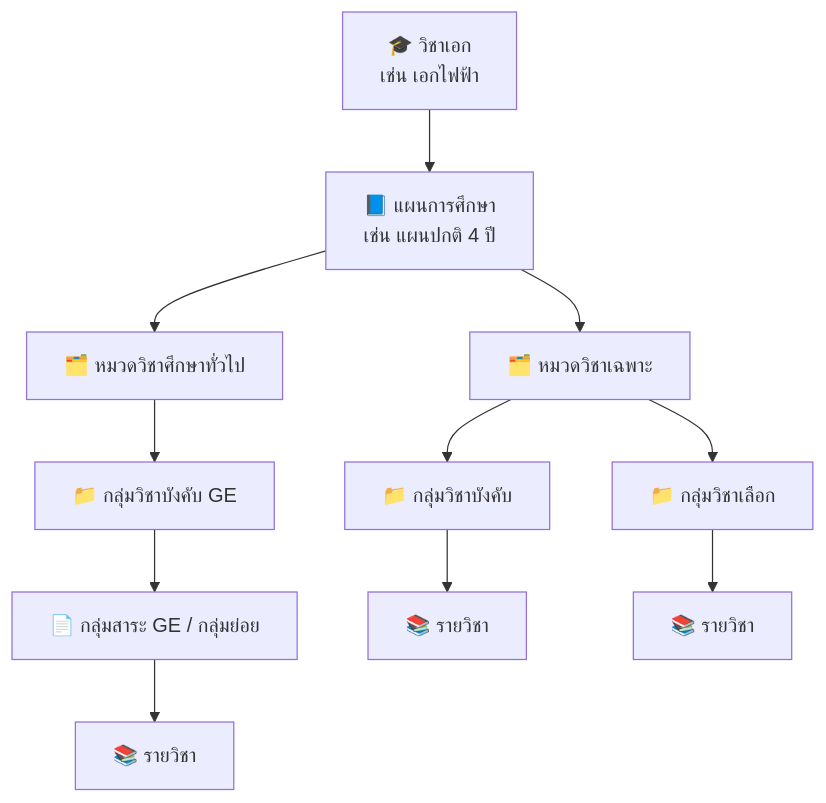
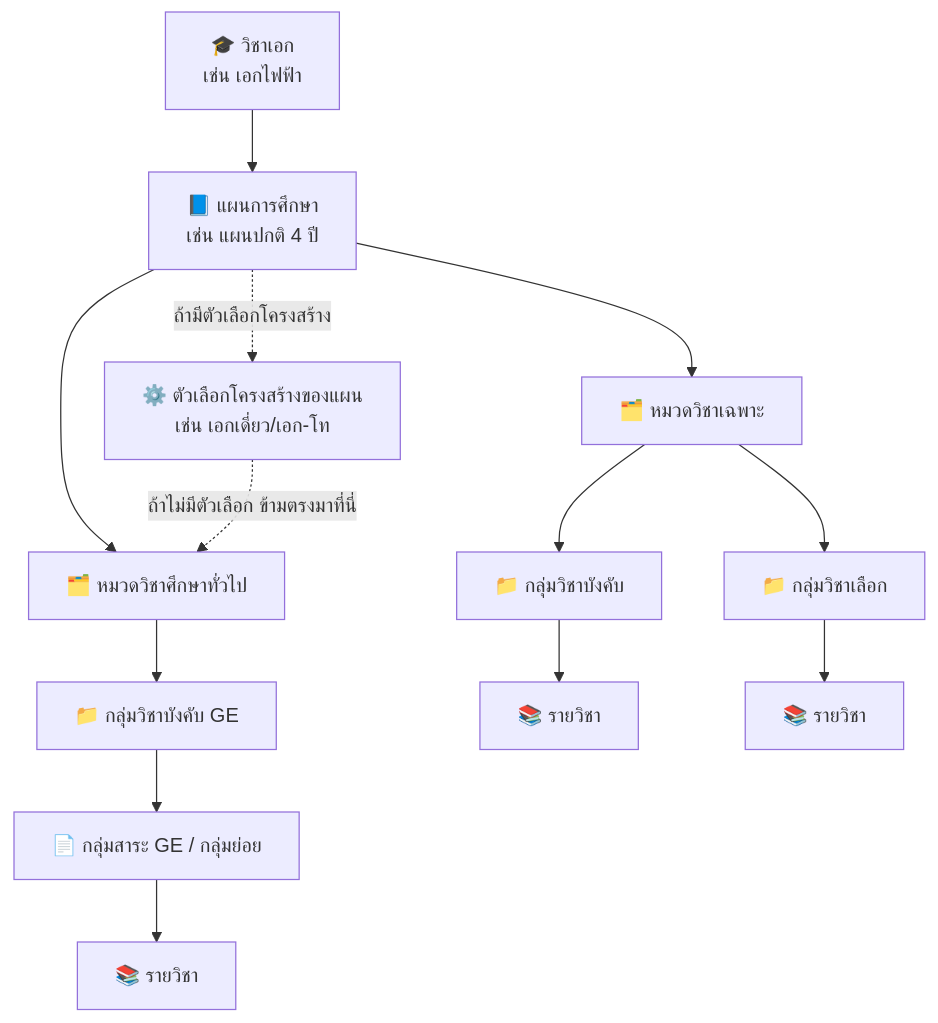
One commit to kamolchanokc/cms-user-manaul changed the first of 3 diagrams in add-curriculum.md. Above: the diagram before and after it, drawn with Mermaid. The commit also changed other lines of this file and 1 other file, not shown here.

````diff
--- a/add-curriculum.md
+++ b/add-curriculum.md
@@ -271,13 +273,15 @@
 ```mermaid
 flowchart TD
     A["🎓 วิชาเอก<br/>เช่น เอกไฟฟ้า"] --> B["📘 แผนการศึกษา<br/>เช่น แผนปกติ 4 ปี"]
+    B -.->|"ถ้ามีตัวเลือกโครงสร้าง"| V["⚙️ ตัวเลือกโครงสร้างของแผน<br/>เช่น เอกเดี่ยว/เอก-โท"]
     B --> C1["🗂️ หมวดวิชาศึกษาทั่วไป"]
     B --> C2["🗂️ หมวดวิชาเฉพาะ"]
+    V -.->|"ถ้าไม่มีตัวเลือก ข้ามตรงมาที่นี่"| C1
     C1 --> D1["📁 กลุ่มวิชาบังคับ GE"]
     C2 --> D2["📁 กลุ่มวิชาบังคับ"]
     C2 --> D3["📁 กลุ่มวิชาเลือก"]
     D1 --> E1["📄 กลุ่มสาระ GE / กลุ่มย่อย"]
     D2 --> E2["📚 รายวิชา"]
     D3 --> E3["📚 รายวิชา"]
     E1 --> F1["📚 รายวิชา"]
 ```
````
